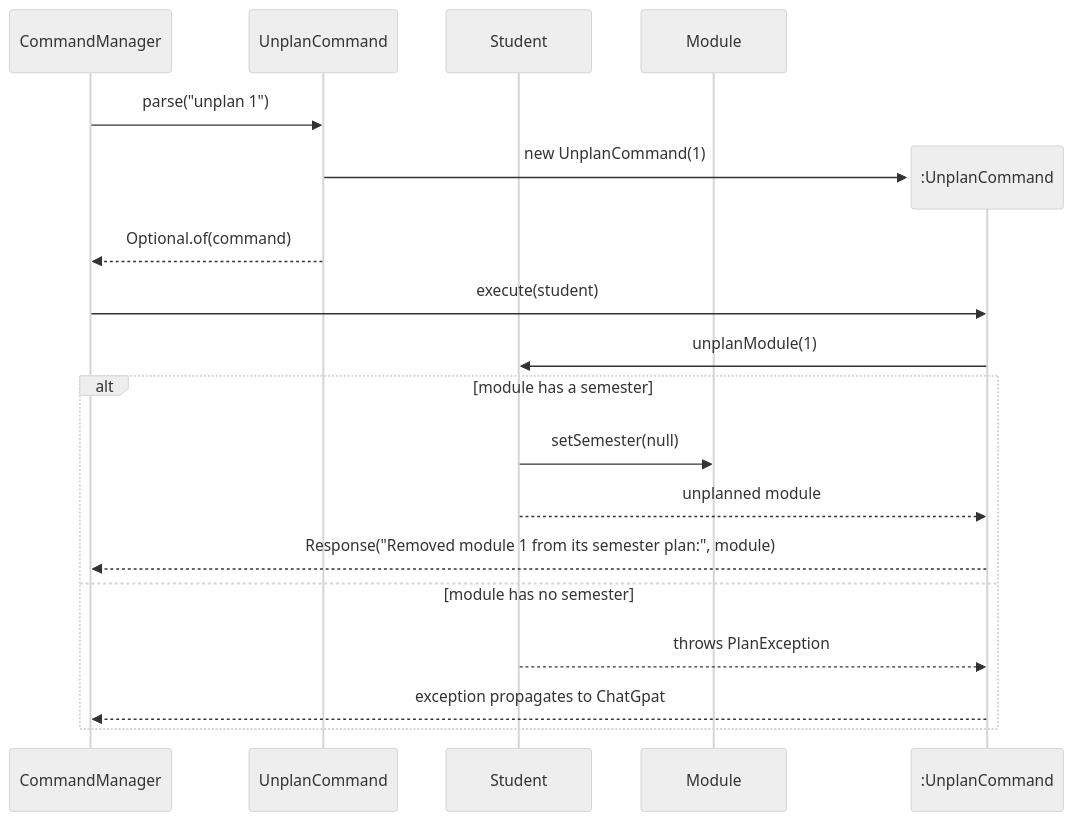
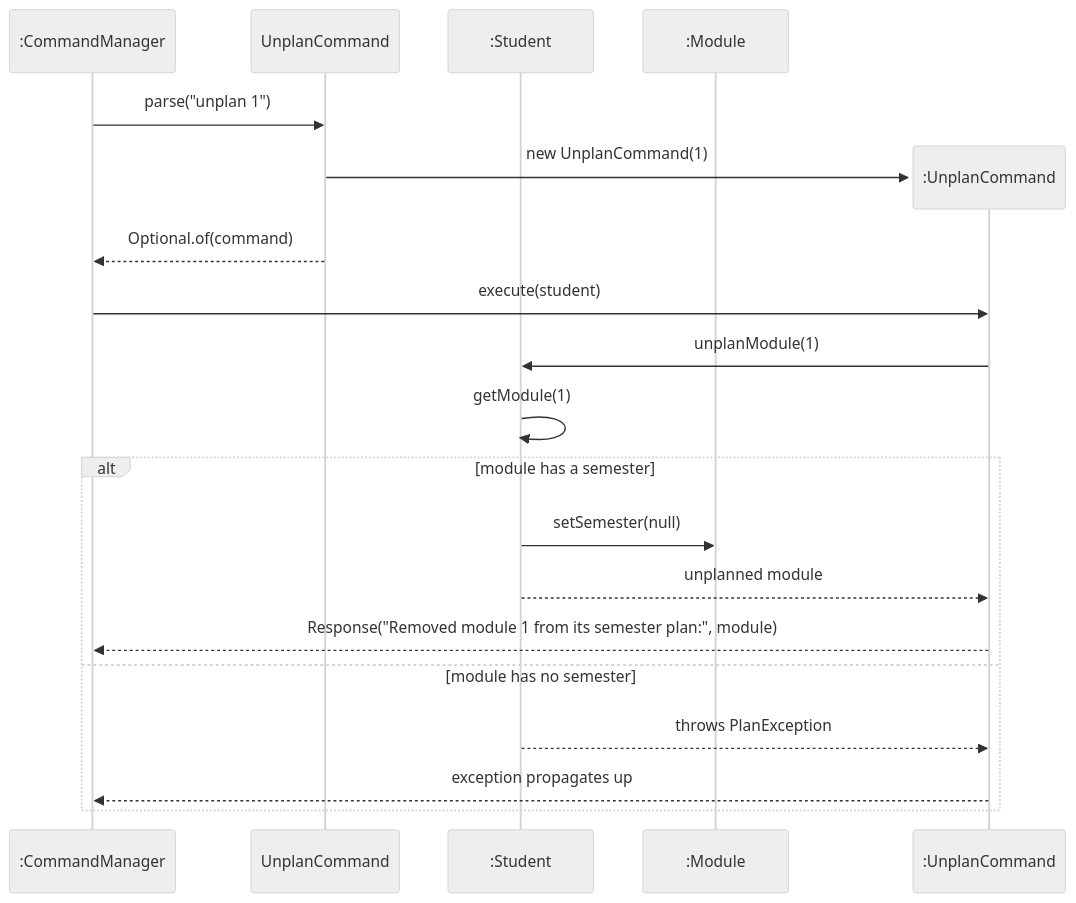
One commit to AY2627S1-CS2113-T11-2/tp changed the tenth of 10 diagrams in docs/DeveloperGuide.md. Above: the diagram before and after it, drawn with Mermaid (neutral theme). The commit also changed other lines of this file, not shown here.

Commit message:
Fix diagram notation and layout in the Developer Guide

````diff
--- a/docs/DeveloperGuide.md
+++ b/docs/DeveloperGuide.md
@@ -453,23 +457,24 @@
 ```mermaid
 sequenceDiagram
-    participant CM as CommandManager
-    participant UC as UnplanCommand
-    participant S as Student
-    participant M as Module
+  participant CM as :CommandManager
+  participant UC as UnplanCommand
+  participant S as :Student
+  participant M as :Module
 
-    CM->>UC: parse("unplan 1")
-    create participant U as :UnplanCommand
-    UC->>U: new UnplanCommand(1)
-    UC-->>CM: Optional.of(command)
+  CM->>UC: parse("unplan 1")
+  create participant U as :UnplanCommand
+  UC->>U: new UnplanCommand(1)
+  UC-->>CM: Optional.of(command)
 
-    CM->>U: execute(student)
-    U->>S: unplanModule(1)
-    alt module has a semester
-        S->>M: setSemester(null)
-        S-->>U: unplanned module
-        U-->>CM: Response("Removed module 1 from its semester plan:", module)
-    else module has no semester
-        S-->>U: throws PlanException
-        U-->>CM: exception propagates to ChatGpat
-    end
+  CM->>U: execute(student)
+  U->>S: unplanModule(1)
+  S->>S: getModule(1)
+  alt module has a semester
+    S->>M: setSemester(null)
+    S-->>U: unplanned module
+    U-->>CM: Response("Removed module 1 from its semester plan:", module)
+  else module has no semester
+    S-->>U: throws PlanException
+    U-->>CM: exception propagates up
+  end
 ```
````
